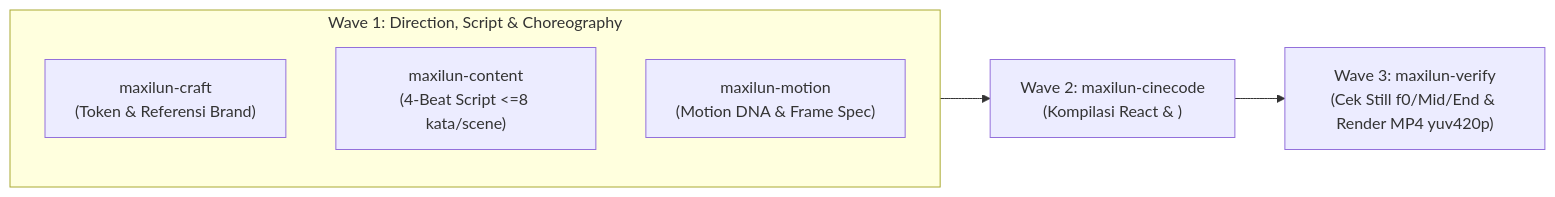
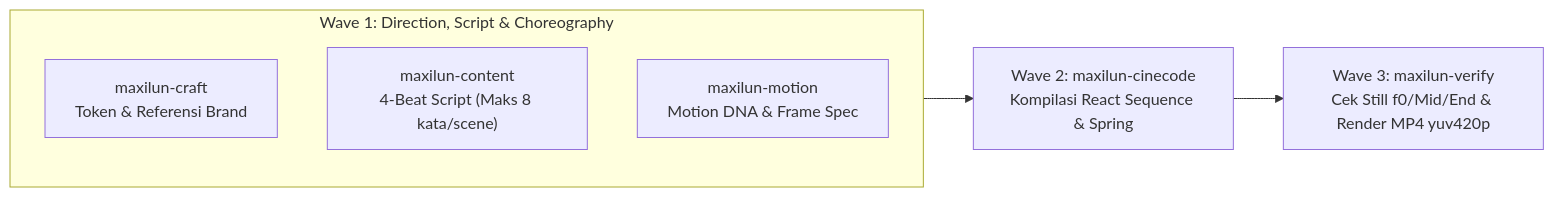
The second of 2 diagrams in docs/EXAMPLES.md (giriedu/maxilun), drawn with Mermaid before and after one commit. The commit also changed 2 other files, not shown here.

Commit message:
feat: release v2.3.0 with multi-skill motion video studio, reference corpora, and visual benchmarks

````diff
--- a/docs/EXAMPLES.md
+++ b/docs/EXAMPLES.md
@@ -54,10 +54,10 @@
 ```mermaid
 flowchart LR
     subgraph W1["Wave 1: Direction, Script & Choreography"]
-        C["maxilun-craft\n(Token & Referensi Brand)"]
-        CNT["maxilun-content\n(4-Beat Script <=8 kata/scene)"]
-        M["maxilun-motion\n(Motion DNA & Frame Spec)"]
+        C["maxilun-craft<br/>Token & Referensi Brand"]
+        CNT["maxilun-content<br/>4-Beat Script (Maks 8 kata/scene)"]
+        M["maxilun-motion<br/>Motion DNA & Frame Spec"]
     end
-    W1 --> W2["Wave 2: maxilun-cinecode\n(Kompilasi React <Sequence> & <Spring>)"]
-    W2 --> W3["Wave 3: maxilun-verify\n(Cek Still f0/Mid/End & Render MP4 yuv420p)"]
+    W1 --> W2["Wave 2: maxilun-cinecode<br/>Kompilasi React Sequence & Spring"]
+    W2 --> W3["Wave 3: maxilun-verify<br/>Cek Still f0/Mid/End & Render MP4 yuv420p"]
 ```
````
